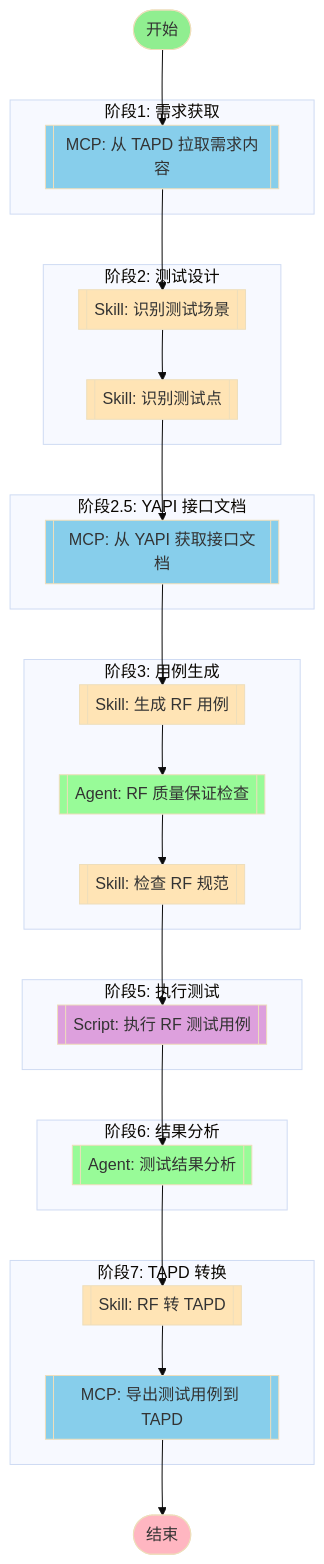
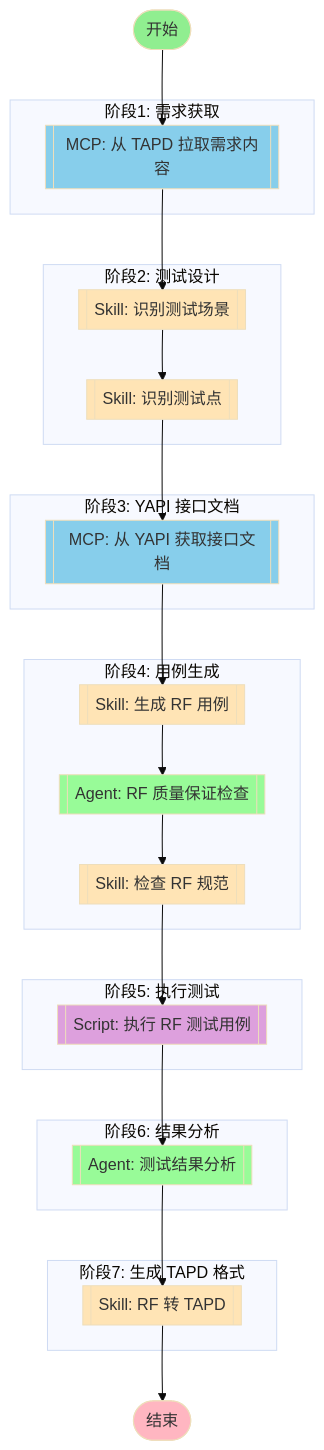
Before and after one commit to JoeyTrribbiani/rf-testing-plugin: the diagram in 05-plugins/rf-testing/workflows/full-test-pipeline.md, drawn with Mermaid (base theme). The commit also changed other lines of this file and 2 other files, not shown here.

Commit message:
docs: reorganize workflows with proper stage numbering and remove export nodes

````diff
--- a/05-plugins/rf-testing/workflows/full-test-pipeline.md
+++ b/05-plugins/rf-testing/workflows/full-test-pipeline.md
@@ -6,64 +6,61 @@
 ```mermaid
 flowchart TD
     start_node([开始])
     end_node([结束])
 
     subgraph 阶段1["阶段1: 需求获取"]
         mcp_fetch[[MCP: 从 TAPD 拉取需求内容]]
     end
 
     subgraph 阶段2["阶段2: 测试设计"]
         skill_scenario[[Skill: 识别测试场景]]
         skill_points[[Skill: 识别测试点]]
     end
 
-    subgraph 阶段2_5["阶段2.5: YAPI 接口文档"]
+    subgraph 阶段3["阶段3: YAPI 接口文档"]
         mcp_yapi[[MCP: 从 YAPI 获取接口文档]]
     end
 
-    subgraph 阶段3["阶段3: 用例生成"]
+    subgraph 阶段4["阶段4: 用例生成"]
         skill_generation[[Skill: 生成 RF 用例]]
         agent_rf_qa[[Agent: RF 质量保证检查]]
         skill_validation[[Skill: 检查 RF 规范]]
     end
 
     subgraph 阶段5["阶段5: 执行测试"]
         script_execute[[Script: 执行 RF 测试用例]]
     end
 
     subgraph 阶段6["阶段6: 结果分析"]
         agent_results[[Agent: 测试结果分析]]
     end
 
-    subgraph 阶段7["阶段7: TAPD 转换"]
+    subgraph 阶段7["阶段7: 生成 TAPD 格式"]
         skill_conversion[[Skill: RF 转 TAPD]]
-        mcp_export[[MCP: 导出测试用例到 TAPD]]
     end
 
     start_node --> mcp_fetch
     mcp_fetch --> skill_scenario
     skill_scenario --> skill_points
     skill_points --> mcp_yapi
     mcp_yapi --> skill_generation
     skill_generation --> agent_rf_qa
     agent_rf_qa --> skill_validation
     skill_validation --> script_execute
     script_execute --> agent_results
     agent_results --> skill_conversion
-    skill_conversion --> mcp_export
-    mcp_export --> end_node
+    skill_conversion --> end_node
 
     style start_node fill:#90EE90
     style end_node fill:#FFB6C1
     style mcp_fetch fill:#87CEEB
     style mcp_yapi fill:#87CEEB
-    style mcp_export fill:#87CEEB
     style skill_scenario fill:#FFE4B5
     style skill_points fill:#FFE4B5
     style skill_generation fill:#FFE4B5
     style agent_rf_qa fill:#98FB98
     style skill_validation fill:#FFE4B5
     style script_execute fill:#DDA0DD
     style agent_results fill:#98FB98
     style skill_conversion fill:#FFE4B5
 ```
````
